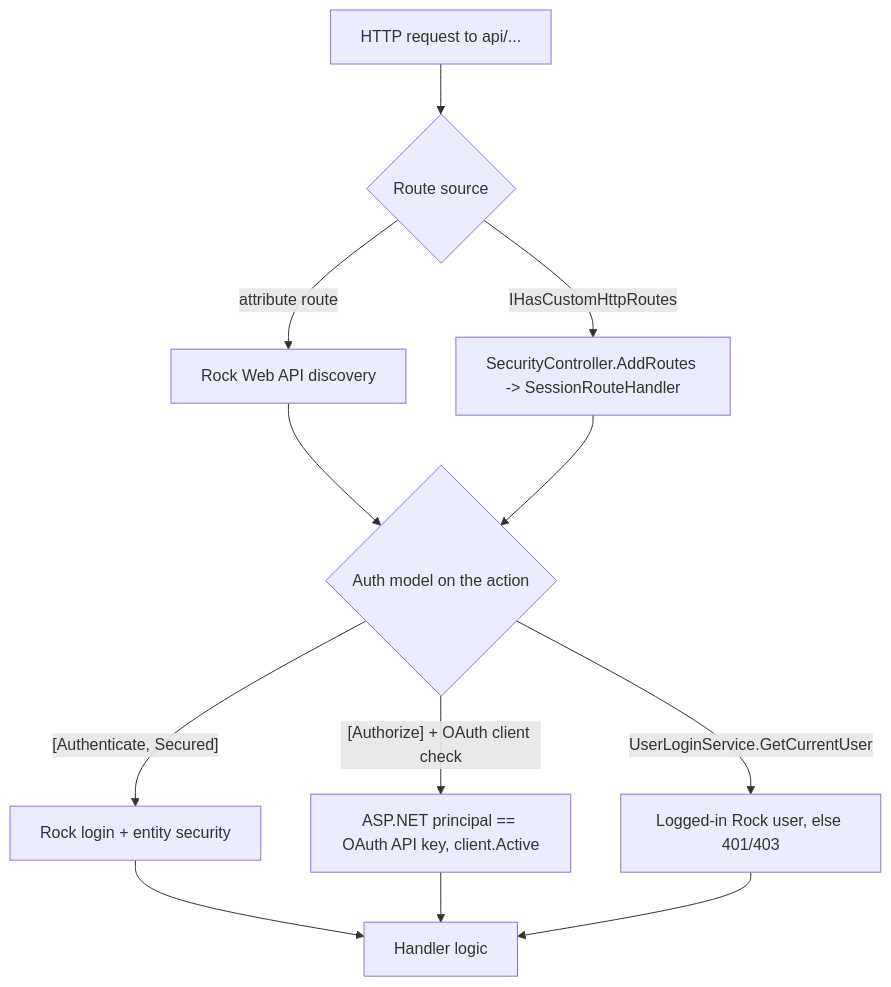
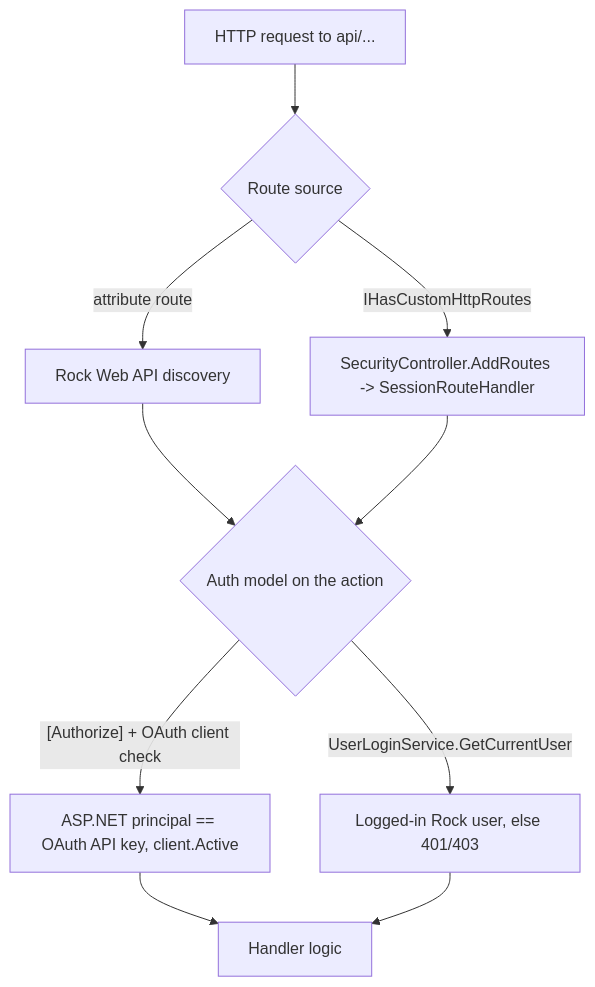
One commit to secc/RockPlugins changed the diagram in Plugins/org.secc.Rest/README.md. Above: the diagram before and after it, drawn with Mermaid. The commit also changed other lines of this file and 3 other files, not shown here.

````diff
--- a/Plugins/org.secc.Rest/README.md
+++ b/Plugins/org.secc.Rest/README.md
@@ -35,14 +35,12 @@
 ```mermaid
 flowchart TD
     A[HTTP request to api/...] --> B{Route source}
     B -->|attribute route| C[Rock Web API discovery]
     B -->|IHasCustomHttpRoutes| D[SecurityController.AddRoutes -> SessionRouteHandler]
     C --> E{Auth model on the action}
     D --> E
-    E -->|"[Authenticate, Secured]"| F[Rock login + entity security]
     E -->|"[Authorize] + OAuth client check"| G[ASP.NET principal == OAuth API key, client.Active]
     E -->|UserLoginService.GetCurrentUser| H[Logged-in Rock user, else 401/403]
-    F --> I[Handler logic]
-    G --> I
+    G --> I[Handler logic]
     H --> I
 ```
````
